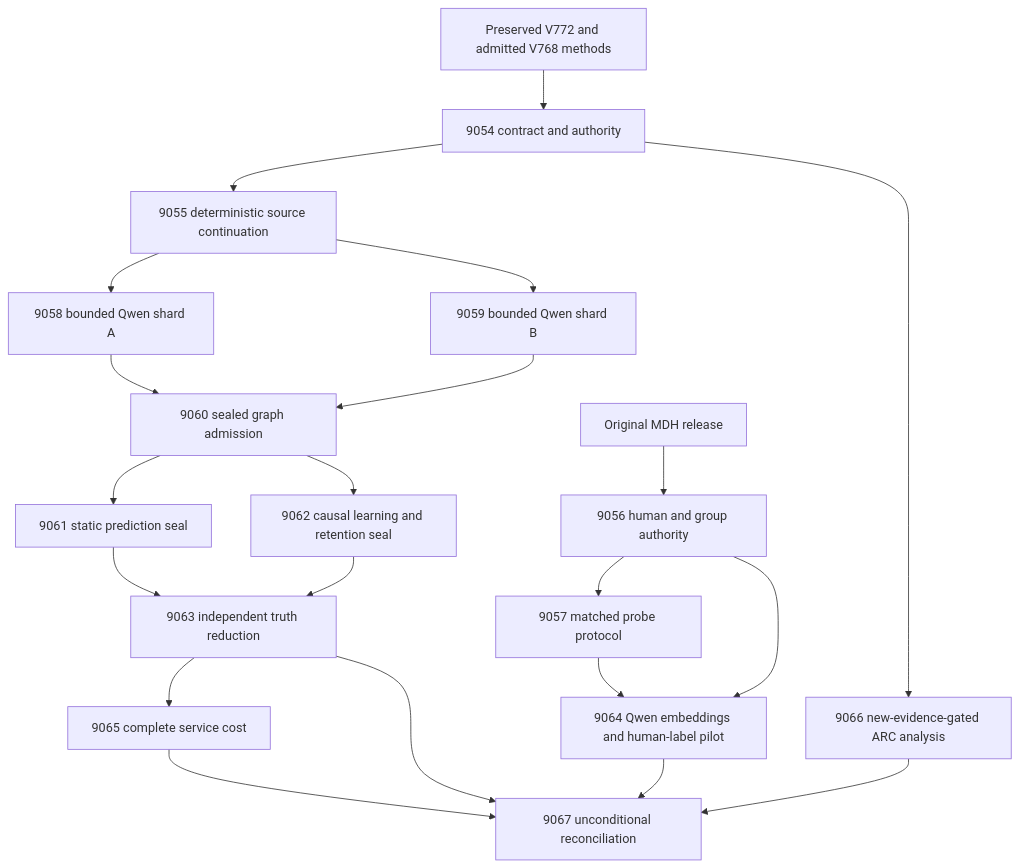
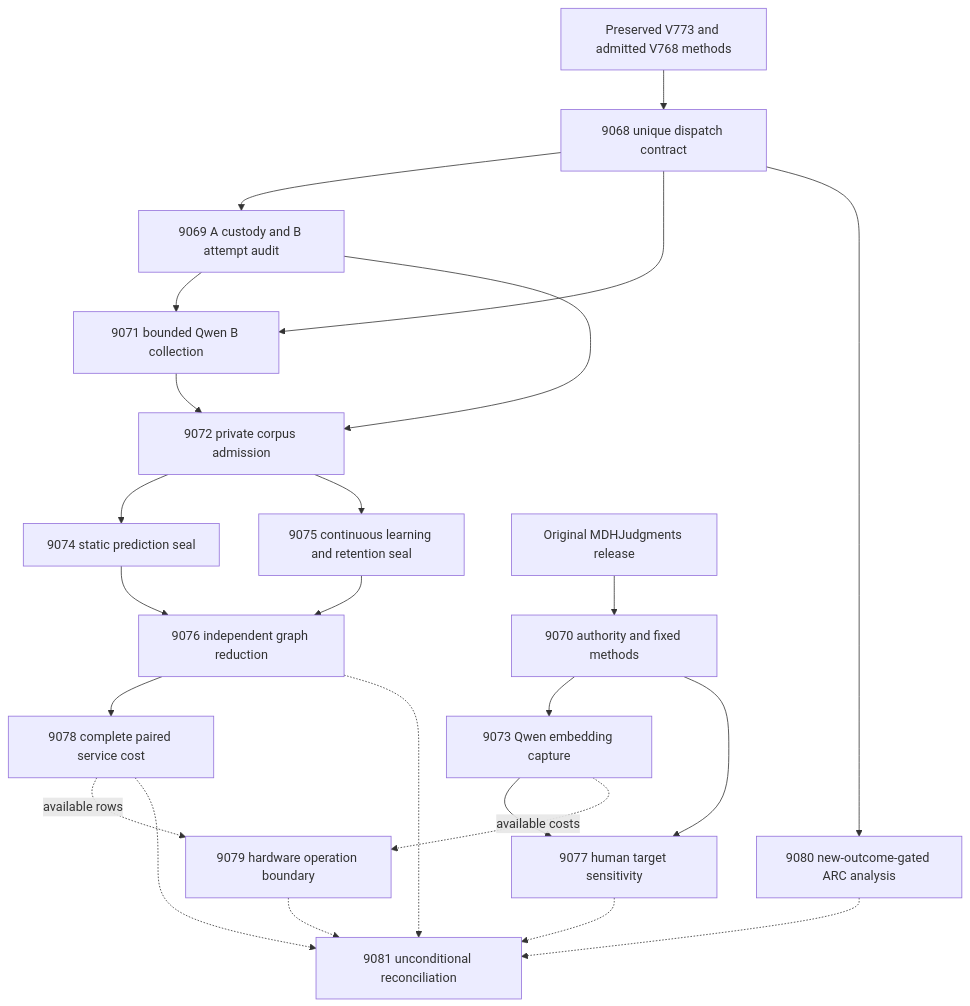
The diagram in openspec/change-proposals/research-roadmap-vNEXT.md (Carnot-EBM/carnot-ebm), drawn with Mermaid before and after one commit. The commit also changed other lines of this file and 14 other files, not shown here.

````diff
--- a/openspec/change-proposals/research-roadmap-vNEXT.md
+++ b/openspec/change-proposals/research-roadmap-vNEXT.md
@@ -82,23 +87,26 @@
 ```mermaid
 flowchart TD
-    H[Preserved V772 and admitted V768 methods] --> C[9054 contract and authority]
-    C --> R[9055 deterministic source continuation]
-    R --> A[9058 bounded Qwen shard A]
-    R --> B[9059 bounded Qwen shard B]
-    A --> J[9060 sealed graph admission]
+    H[Preserved V773 and admitted V768 methods] --> C[9068 unique dispatch contract]
+    C --> U[9069 A custody and B attempt audit]
+    U --> B[9071 bounded Qwen B collection]
+    C --> B
+    U --> J[9072 private corpus admission]
     B --> J
-    J --> D[9061 static prediction seal]
-    J --> O[9062 causal learning and retention seal]
-    D --> E[9063 independent truth reduction]
-    O --> E
-    E --> K[9065 complete service cost]
-    MDH[Original MDH release] --> U[9056 human and group authority]
-    U --> M[9057 matched probe protocol]
-    U --> P[9064 Qwen embeddings and human-label pilot]
+    J --> D[9074 static prediction seal]
+    J --> O[9075 continuous learning and retention seal]
+    D --> R[9076 independent graph reduction]
+    O --> R
+    R --> K[9078 complete paired service cost]
+    A[Original MDHJudgments release] --> M[9070 authority and fixed methods]
+    M --> F[9073 Qwen embedding capture]
+    F --> P[9077 human target sensitivity]
     M --> P
-    C --> X[9066 new-evidence-gated ARC analysis]
-    E --> Z[9067 unconditional reconciliation]
-    P --> Z
-    K --> Z
-    X --> Z
+    K -. available rows .-> W[9079 hardware operation boundary]
+    F -. available costs .-> W
+    C --> X[9080 new-outcome-gated ARC analysis]
+    R -.-> Z[9081 unconditional reconciliation]
+    P -.-> Z
+    K -.-> Z
+    W -.-> Z
+    X -.-> Z
 ```
````
